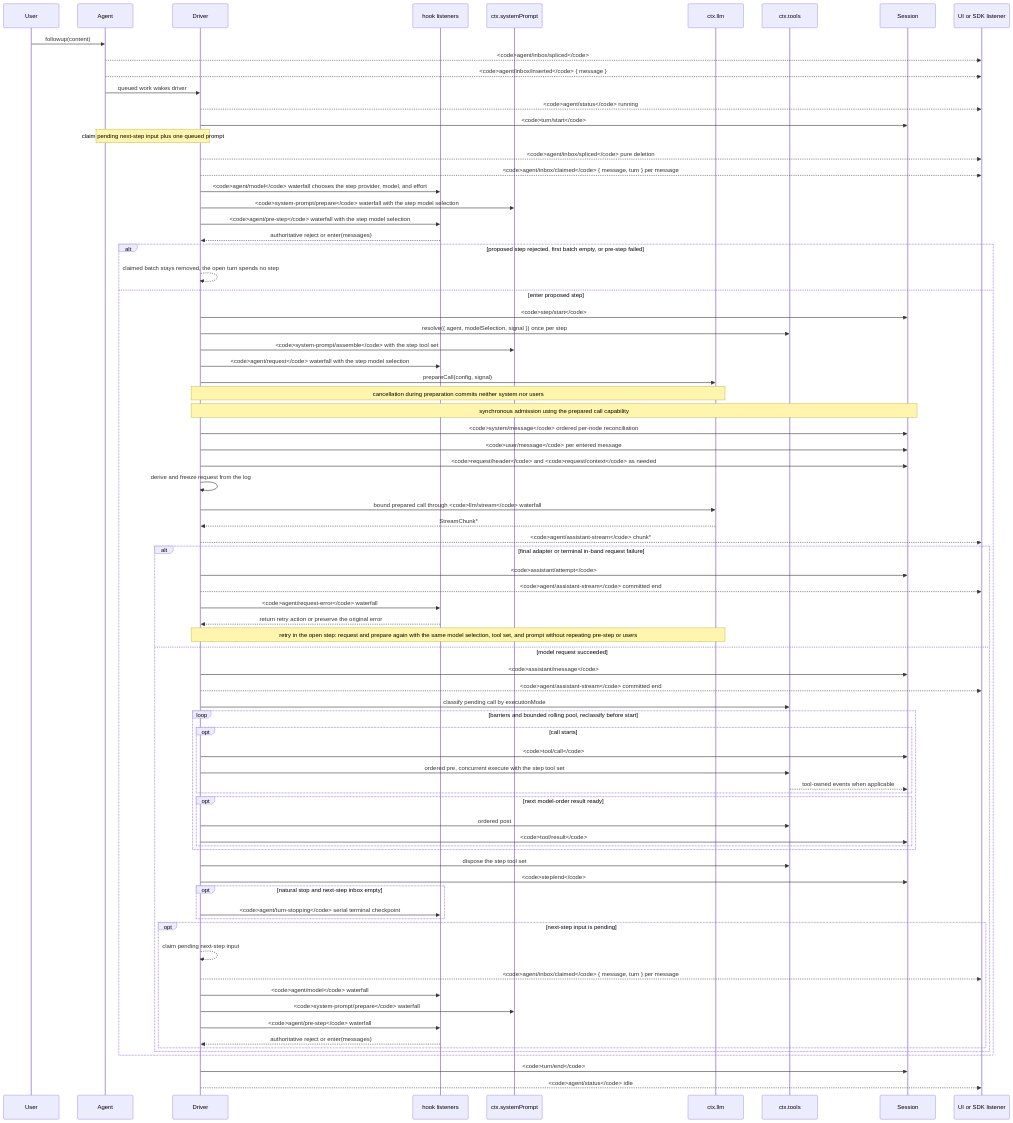
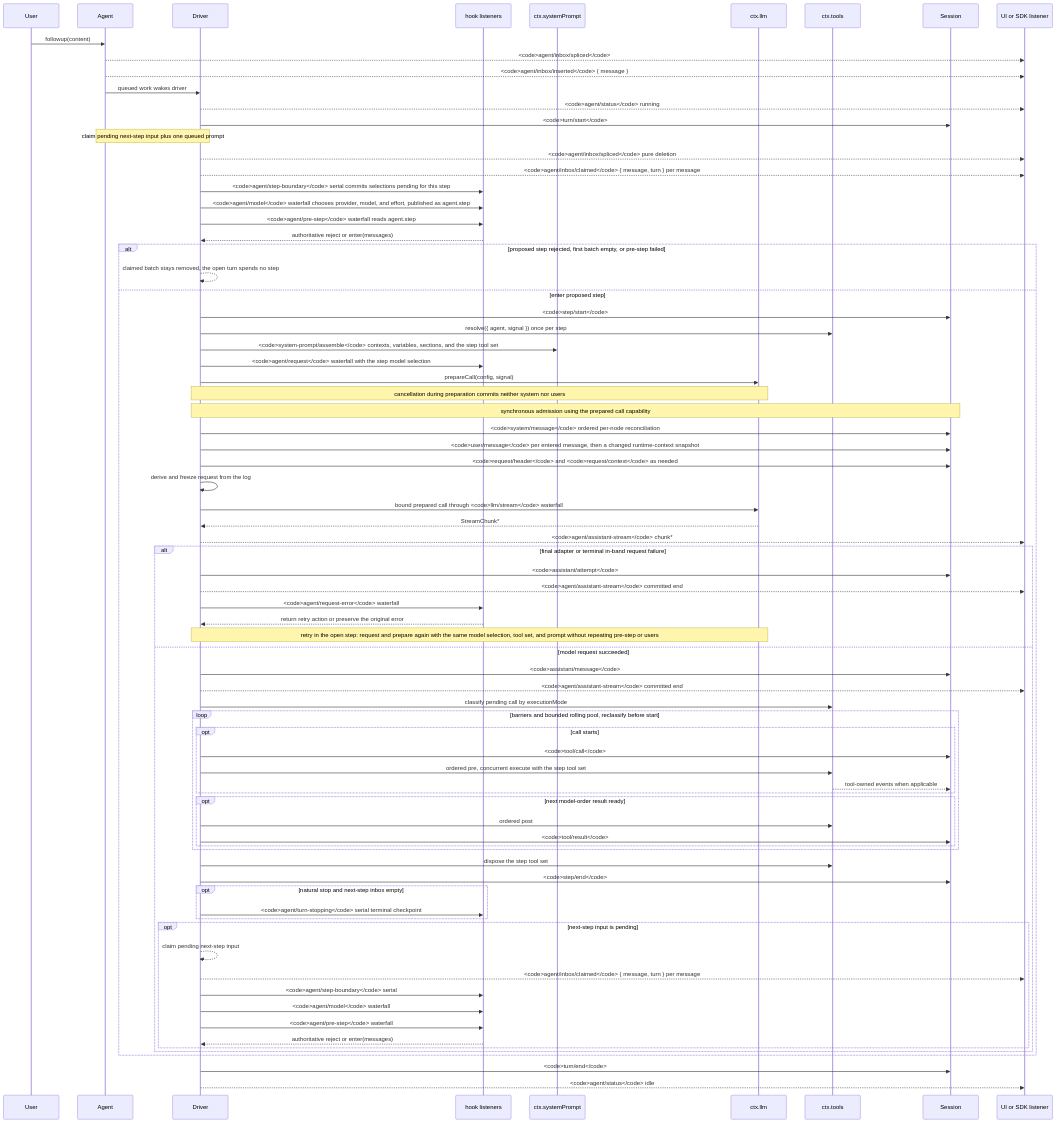
One commit to 0xuana/deepseek-harness changed the diagram in docs/agent-lifecycle.zh.md. Above: the diagram before and after it, drawn with Mermaid. The commit also changed 98 other files, not shown here.

First line of the commit message:
feat(agent): publish step decisions as agent.step and add agent/step-boundary

````diff
--- a/docs/agent-lifecycle.zh.md
+++ b/docs/agent-lifecycle.zh.md
@@ -10,80 +10,80 @@
 ```mermaid
 sequenceDiagram
   participant User
   participant Agent
   participant Driver
   participant Hooks as hook listeners
   participant Prompt as ctx.systemPrompt
   participant LLM as ctx.llm
   participant Tools as ctx.tools
   participant Session
   participant SDK as UI or SDK listener
   User->>Agent: followup(content)
   Agent-->>SDK: <code>agent/inbox/spliced</code>
   Agent-->>SDK: <code>agent/inbox/inserted</code> { message }
   Agent->>Driver: queued work wakes driver
   Driver-->>SDK: <code>agent/status</code> running
   Driver->>Session: <code>turn/start</code>
   Note over Agent,Driver: claim pending next-step input plus one queued prompt
   Driver-->>SDK: <code>agent/inbox/spliced</code> pure deletion
   Driver-->>SDK: <code>agent/inbox/claimed</code> { message, turn } per message
-  Driver->>Hooks: <code>agent/model</code> waterfall chooses the step provider, model, and effort
-  Driver->>Prompt: <code>system-prompt/prepare</code> waterfall with the step model selection
-  Driver->>Hooks: <code>agent/pre-step</code> waterfall with the step model selection
+  Driver->>Hooks: <code>agent/step-boundary</code> serial commits selections pending for this step
+  Driver->>Hooks: <code>agent/model</code> waterfall chooses provider, model, and effort, published as agent.step
+  Driver->>Hooks: <code>agent/pre-step</code> waterfall reads agent.step
   Hooks-->>Driver: authoritative reject or enter(messages)
   alt proposed step rejected, first batch empty, or pre-step failed
     Driver-->>Driver: claimed batch stays removed, the open turn spends no step
   else enter proposed step
   Driver->>Session: <code>step/start</code>
-  Driver->>Tools: resolve({ agent, modelSelection, signal }) once per step
-  Driver->>Prompt: <code>system-prompt/assemble</code> with the step tool set
+  Driver->>Tools: resolve({ agent, signal }) once per step
+  Driver->>Prompt: <code>system-prompt/assemble</code> contexts, variables, sections, and the step tool set
   Driver->>Hooks: <code>agent/request</code> waterfall with the step model selection
   Driver->>LLM: prepareCall(config, signal)
   Note over Driver,LLM: cancellation during preparation commits neither system nor users
   Note over Driver,Session: synchronous admission using the prepared call capability
   Driver->>Session: <code>system/message</code> ordered per-node reconciliation
-  Driver->>Session: <code>user/message</code> per entered message
+  Driver->>Session: <code>user/message</code> per entered message, then a changed runtime-context snapshot
   Driver->>Session: <code>request/header</code> and <code>request/context</code> as needed
   Driver->>Driver: derive and freeze request from the log
   Driver->>LLM: bound prepared call through <code>llm/stream</code> waterfall
   LLM-->>Driver: StreamChunk*
   Driver-->>SDK: <code>agent/assistant-stream</code> chunk*
   alt final adapter or terminal in-band request failure
     Driver->>Session: <code>assistant/attempt</code>
     Driver-->>SDK: <code>agent/assistant-stream</code> committed end
     Driver->>Hooks: <code>agent/request-error</code> waterfall
     Hooks-->>Driver: return retry action or preserve the original error
     Note over Driver,LLM: retry in the open step: request and prepare again with the same model selection, tool set, and prompt without repeating pre-step or users
   else model request succeeded
   Driver->>Session: <code>assistant/message</code>
   Driver-->>SDK: <code>agent/assistant-stream</code> committed end
   Driver->>Tools: classify pending call by executionMode
   loop barriers and bounded rolling pool, reclassify before start
     opt call starts
       Driver->>Session: <code>tool/call</code>
       Driver->>Tools: ordered pre, concurrent execute with the step tool set
       Tools-->>Session: tool-owned events when applicable
     end
     opt next model-order result ready
       Driver->>Tools: ordered post
       Driver->>Session: <code>tool/result</code>
     end
   end
   Driver->>Tools: dispose the step tool set
   Driver->>Session: <code>step/end</code>
   opt natural stop and next-step inbox empty
     Driver->>Hooks: <code>agent/turn-stopping</code> serial terminal checkpoint
   end
   opt next-step input is pending
     Driver-->>Driver: claim pending next-step input
     Driver-->>SDK: <code>agent/inbox/claimed</code> { message, turn } per message
+    Driver->>Hooks: <code>agent/step-boundary</code> serial
     Driver->>Hooks: <code>agent/model</code> waterfall
-    Driver->>Prompt: <code>system-prompt/prepare</code> waterfall
     Driver->>Hooks: <code>agent/pre-step</code> waterfall
     Hooks-->>Driver: authoritative reject or enter(messages)
   end
   end
   end
   Driver->>Session: <code>turn/end</code>
   Driver-->>SDK: <code>agent/status</code> idle
 ```
````
